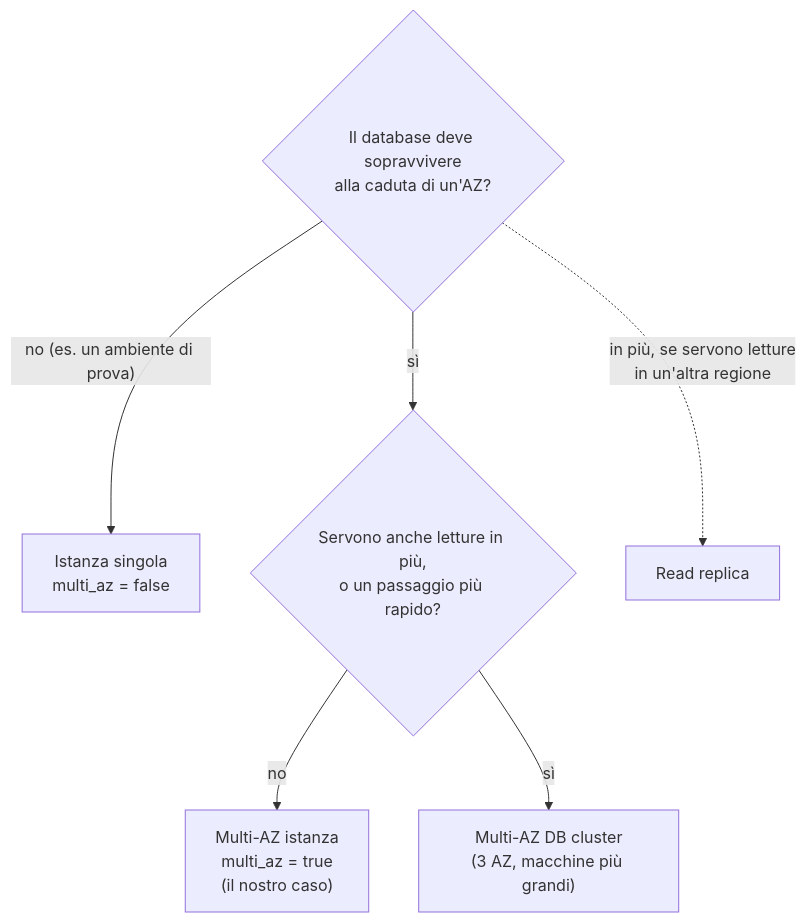
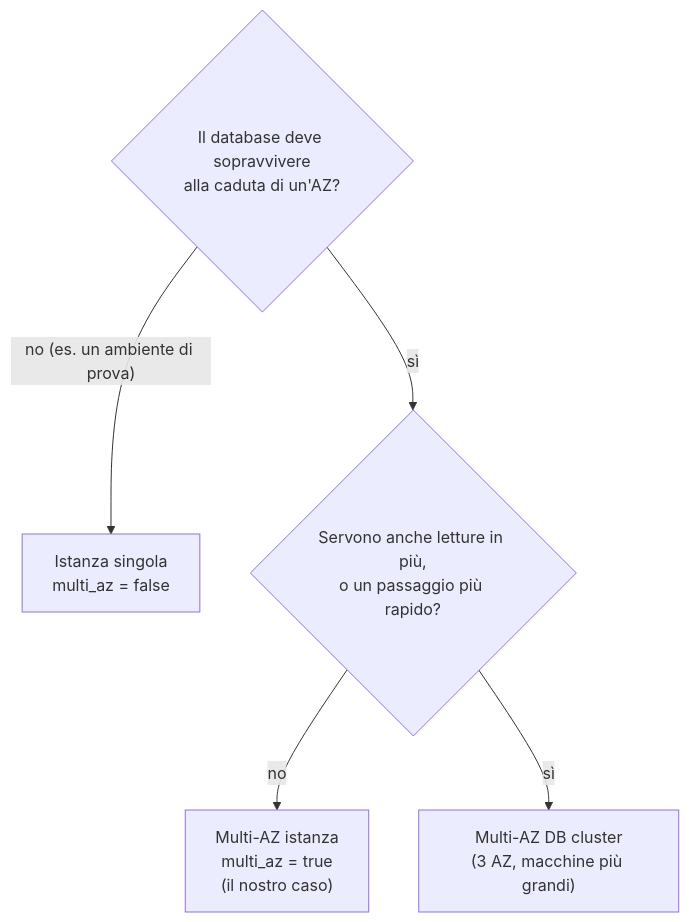
Before and after one commit to cereZ23/aws: the second of 4 diagrams in dispense/dispensa-6-rds.md, drawn with Mermaid. The commit also changed other lines of this file and 12 other files, not shown here.

````diff
--- a/dispense/dispensa-6-rds.md
+++ b/dispense/dispensa-6-rds.md
@@ -130,9 +130,8 @@
 ```mermaid
 flowchart TD
     Q1{"Il database deve sopravvivere<br/>alla caduta di un'AZ?"}
     Q1 -->|"no (es. un ambiente di prova)"| SINGLE["Istanza singola<br/>multi_az = false"]
     Q1 -->|"sì"| Q2{"Servono anche letture in più,<br/>o un passaggio più rapido?"}
     Q2 -->|"no"| MAZ["Multi-AZ istanza<br/>multi_az = true<br/>(il nostro caso)"]
     Q2 -->|"sì"| CL["Multi-AZ DB cluster<br/>(3 AZ, macchine più grandi)"]
-    Q1 -.->|"in più, se servono letture<br/>in un'altra regione"| RR["Read replica"]
 ```
````
